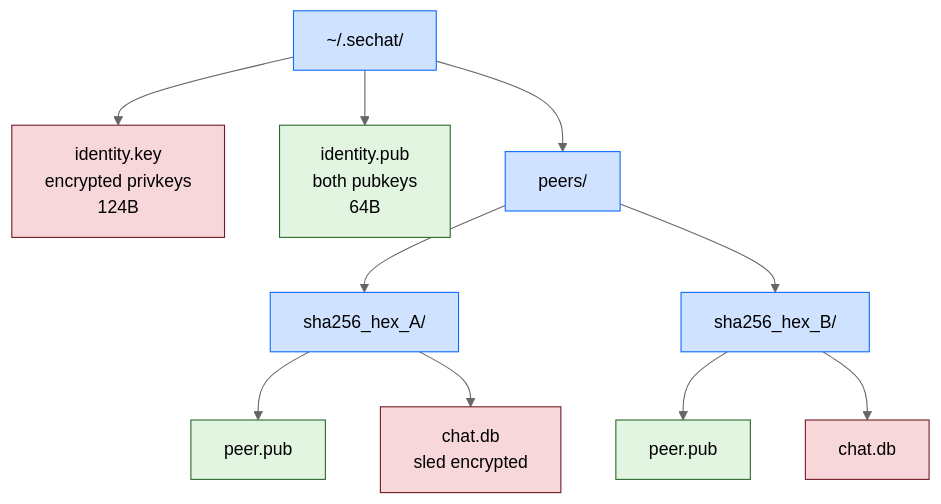
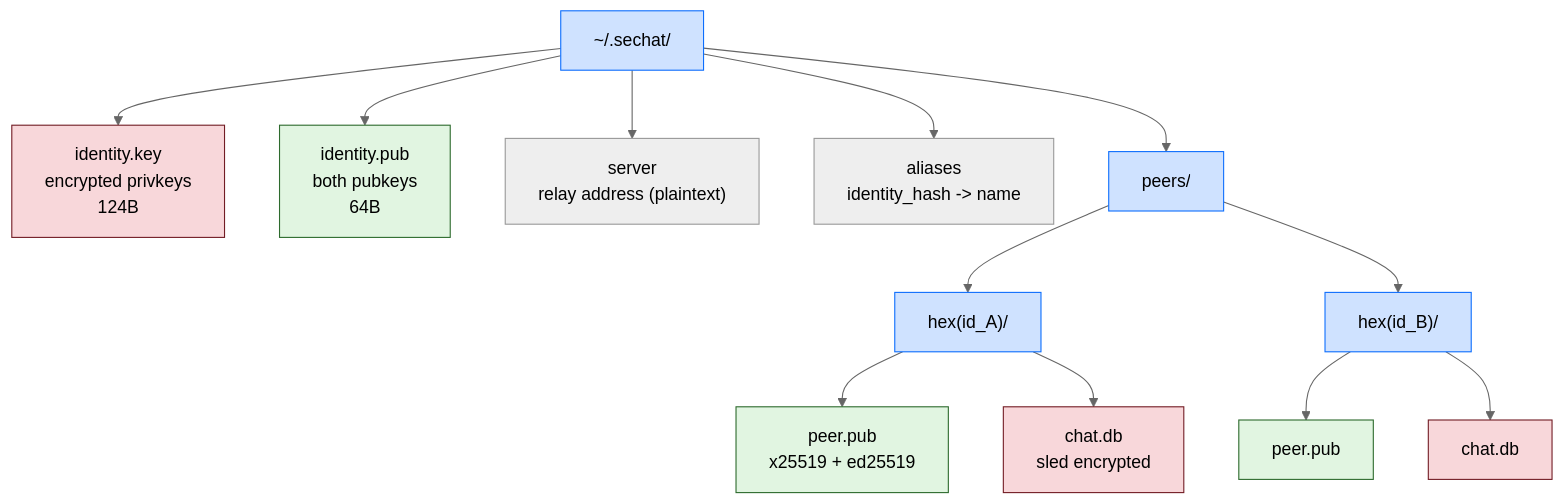
Before and after one commit to dhmztr/sechat-client: the ninth of 9 diagrams in C4.md, drawn with Mermaid (neutral theme). The commit also changed other lines of this file and 15 other files, not shown here.

````diff
--- a/C4.md
+++ b/C4.md
@@ -269,32 +273,36 @@
 ```mermaid
 flowchart TB
     Root["~/.sechat/"]
     Key["identity.key<br/>encrypted privkeys<br/>124B"]
     Pub["identity.pub<br/>both pubkeys<br/>64B"]
+    Server["server<br/>relay address (plaintext)"]
+    Aliases["aliases<br/>identity_hash -> name"]
     Peers["peers/"]
 
-    Peer1["sha256_hex_A/"]
-    Peer2["sha256_hex_B/"]
-    Peer1Pub["peer.pub"]
+    Peer1["hex(id_A)/"]
+    Peer2["hex(id_B)/"]
+    Peer1Pub["peer.pub<br/>x25519 + ed25519"]
     Peer1Chat["chat.db<br/>sled encrypted"]
     Peer2Pub["peer.pub"]
     Peer2Chat["chat.db"]
 
     Root --> Key
     Root --> Pub
+    Root --> Server
+    Root --> Aliases
     Root --> Peers
     Peers --> Peer1
     Peers --> Peer2
     Peer1 --> Peer1Pub
     Peer1 --> Peer1Chat
     Peer2 --> Peer2Pub
     Peer2 --> Peer2Chat
 
     classDef enc fill:#f8d7da,stroke:#721c24
     classDef pub fill:#e1f5e1,stroke:#2d6a2d
     classDef dir fill:#cfe2ff,stroke:#0d6efd
 
     class Key,Peer1Chat,Peer2Chat enc
     class Pub,Peer1Pub,Peer2Pub pub
     class Root,Peers,Peer1,Peer2 dir
 ```
````
